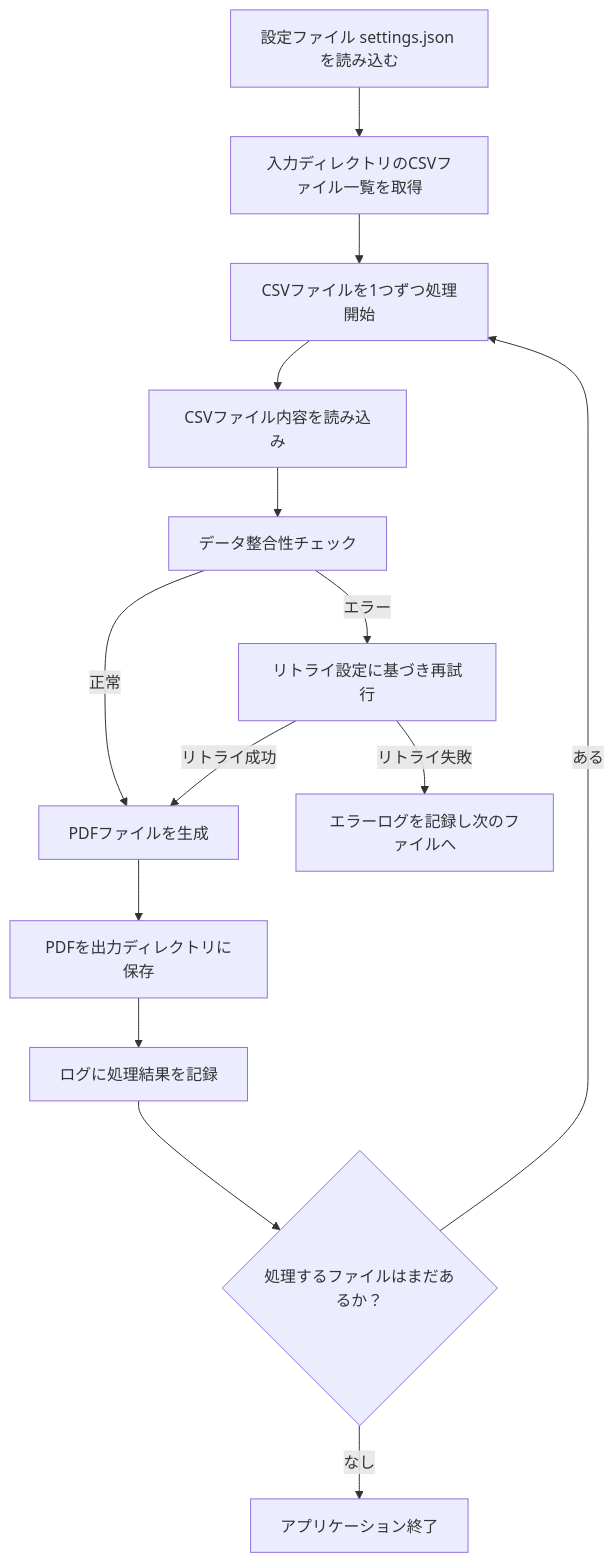
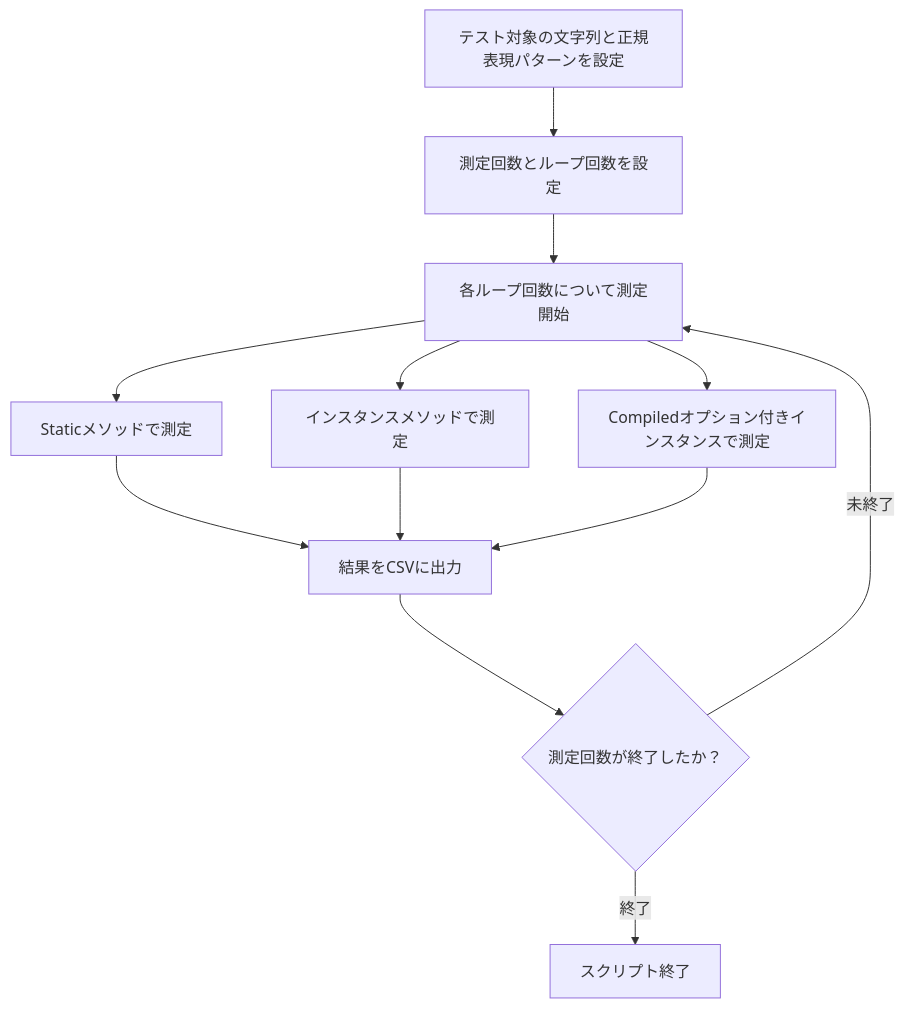
The diagram in README.md (Shinoryo/PowerShellRegexOptimizeTest), drawn with Mermaid before and after one commit. The commit also changed other lines of this file, not shown here.

````diff
--- a/README.md
+++ b/README.md
@@ -112,16 +86,14 @@
 ```mermaid
 flowchart TD
-    A[設定ファイル settings.json を読み込む] --> B[入力ディレクトリのCSVファイル一覧を取得]
-    B --> C[CSVファイルを1つずつ処理開始]
-    C --> D[CSVファイル内容を読み込み]
-    D --> E[データ整合性チェック]
-    E -->|正常| F[PDFファイルを生成]
-    E -->|エラー| G[リトライ設定に基づき再試行]
-    G -->|リトライ成功| F
-    G -->|リトライ失敗| H[エラーログを記録し次のファイルへ]
-    F --> I[PDFを出力ディレクトリに保存]
-    I --> J[ログに処理結果を記録]
-    J --> K{処理するファイルはまだあるか？}
-    K -->|ある| C
-    K -->|なし| L[アプリケーション終了]
+    A[テスト対象の文字列と正規表現パターンを設定] --> B[測定回数とループ回数を設定]
+    B --> C[各ループ回数について測定開始]
+    C --> D[Staticメソッドで測定]
+    C --> E[インスタンスメソッドで測定]
+    C --> F[Compiledオプション付きインスタンスで測定]
+    D --> G[結果をCSVに出力]
+    E --> G
+    F --> G
+    G --> H{測定回数が終了したか？}
+    H -->|終了| I[スクリプト終了]
+    H -->|未終了| C
 ```
````
